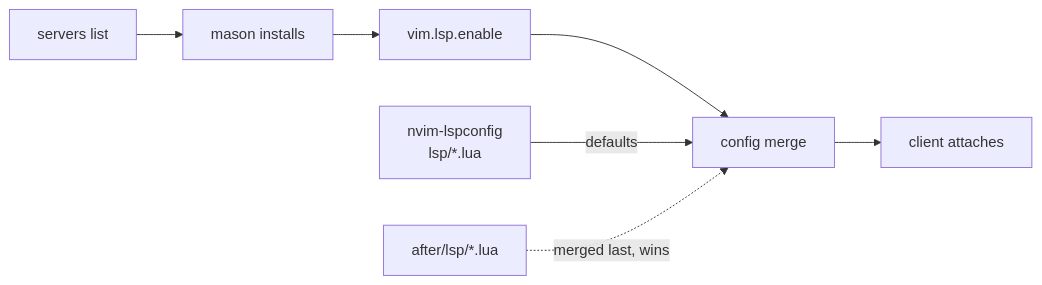
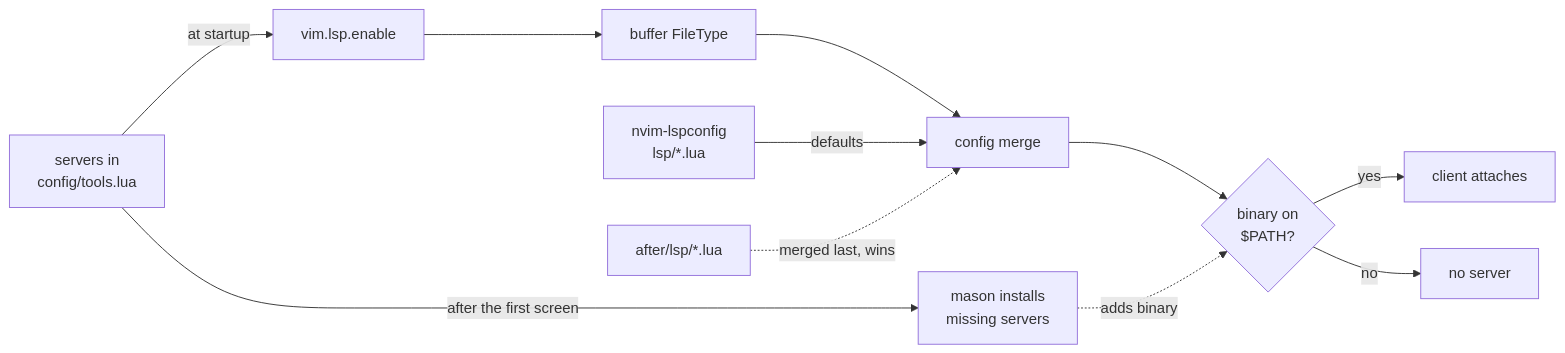
One commit to zttingbot/neovim-config changed the second of 3 diagrams in docs/architecture.md. Above: the diagram before and after it, drawn with Mermaid. The commit also changed other lines of this file and 5 other files, not shown here.

Commit message:
docs(config): simplify guides with examples and diagrams

````diff
--- a/docs/architecture.md
+++ b/docs/architecture.md
@@ -74,6 +60,11 @@
 ```mermaid
 flowchart LR
-  list[servers list] --> install[mason installs] --> enable[vim.lsp.enable] --> merge[config merge] --> client[client attaches]
+  list["servers in<br/>config/tools.lua"] -- at startup --> enable[vim.lsp.enable]
+  list -- after the first screen --> install["mason installs<br/>missing servers"]
+  enable --> ft[buffer FileType] --> merge[config merge] --> found{"binary on<br/>$PATH?"}
+  install -. adds binary .-> found
   defaults["nvim-lspconfig<br/>lsp/*.lua"] -- defaults --> merge
   after["after/lsp/*.lua"] -. merged last, wins .-> merge
+  found -- yes --> client[client attaches]
+  found -- no --> noserver[no server]
 ```
````
